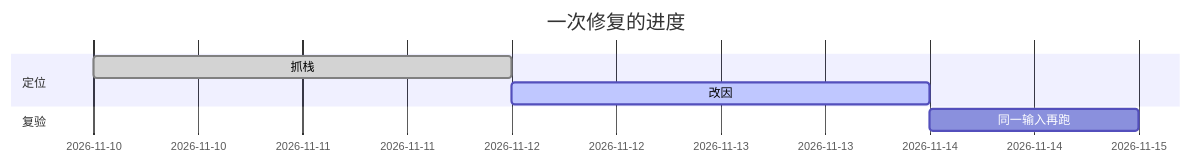
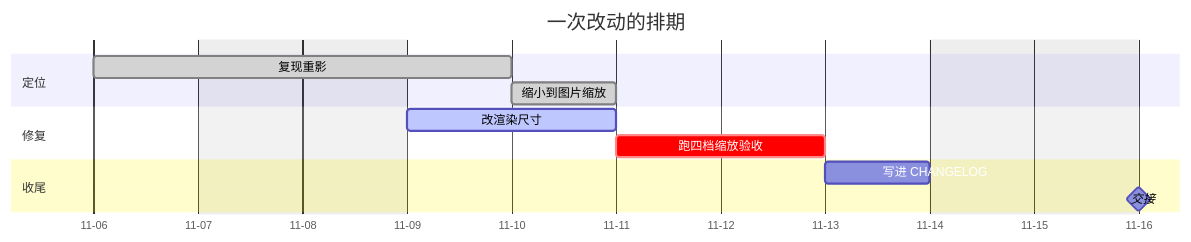
Diagram 11 of 29 in examples/all-syntax.markdown (emacs-taf/etaf-md), drawn with Mermaid before and after one commit. The commit also changed other lines of this file and 1 other file, not shown here.

````diff
--- a/examples/all-syntax.markdown
+++ b/examples/all-syntax.markdown
@@ -856,10 +2140,17 @@
 ```mermaid
 gantt
-  title 一次修复的进度
+  title 一次改动的排期
   dateFormat YYYY-MM-DD
+  axisFormat %m-%d
+  excludes weekends
+
   section 定位
-  抓栈        :done, a1, 2026-11-10, 2d
-  改因        :active, a2, 2026-11-12, 2d
-  section 复验
-  同一输入再跑 :a3, 2026-11-14, 1d
+  复现重影            :done,   a1, 2026-11-06, 2d
+  缩小到图片缩放      :done,   a2, after a1, 1d
+  section 修复
+  改渲染尺寸          :active, b1, 2026-11-09, 2d
+  跑四档缩放验收      :crit,   b2, after b1, 2d
+  section 收尾
+  写进 CHANGELOG      :        c1, after b2, 1d
+  交接                :milestone, m1, after c1, 0d
 ```
````
